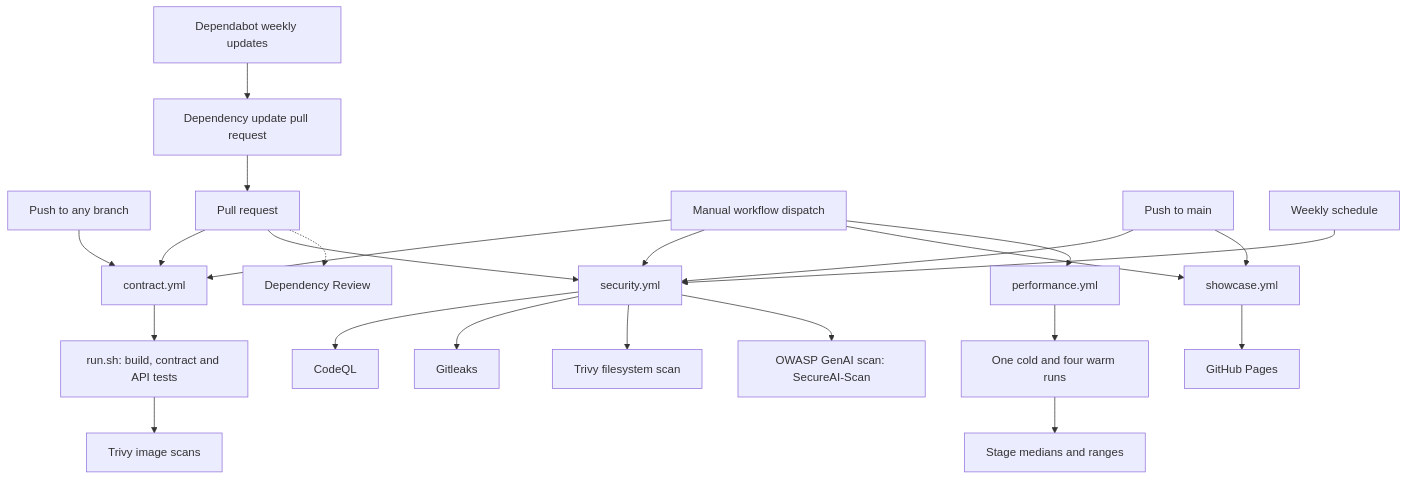
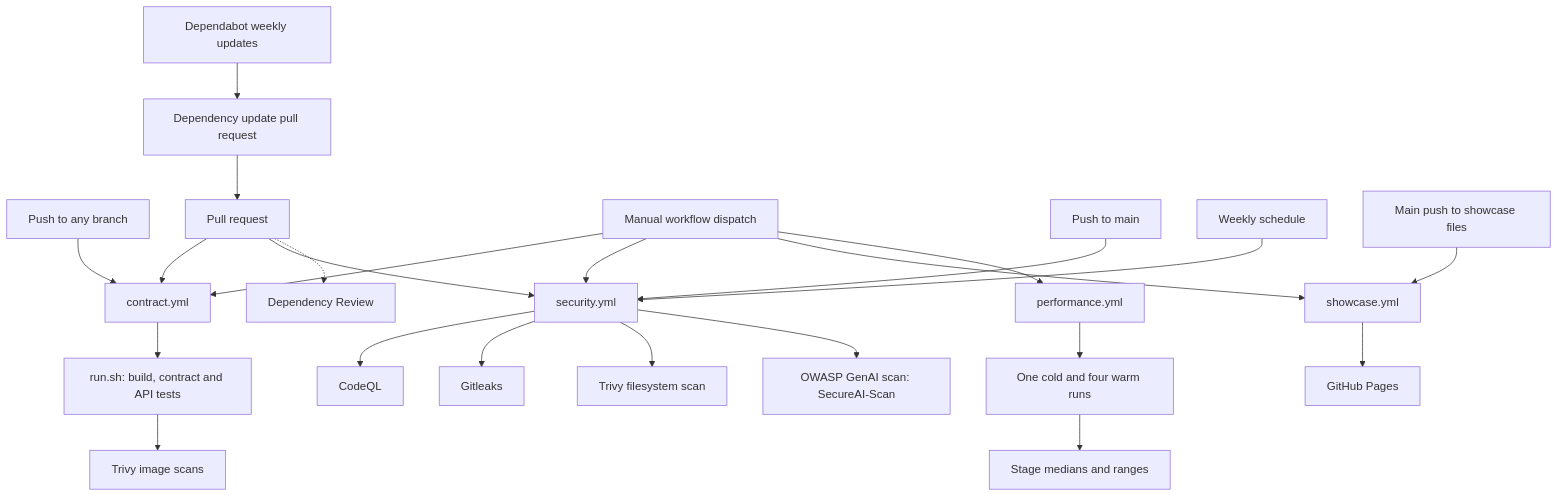
The second of 2 diagrams in README.md (shoman2020/oas-polycontract), drawn with Mermaid before and after one commit. The commit also changed other lines of this file and 2 other files, not shown here.

Commit message:
Render README flow diagrams and align showcase

````diff
--- a/README.md
+++ b/README.md
@@ -95,27 +28,27 @@
 ```mermaid
 flowchart TB
   AnyPush[Push to any branch] --> Contract[contract.yml]
   PullRequest[Pull request] --> Contract
   Manual[Manual workflow dispatch] --> Contract
   Contract --> Runner[run.sh: build, contract and API tests]
   Runner --> ImageScans[Trivy image scans]
 
   MainPush[Push to main] --> Security[security.yml]
   PullRequest --> Security
   Weekly[Weekly schedule] --> Security
   Manual --> Security
   Security --> CodeQL[CodeQL]
   Security --> Secrets[Gitleaks]
   Security --> FileScan[Trivy filesystem scan]
   Security --> AIScan[OWASP GenAI scan: SecureAI-Scan]
   PullRequest -.-> Review[Dependency Review]
 
-  MainPush --> Showcase[showcase.yml]
+  ShowcasePush[Main push to showcase files] --> Showcase[showcase.yml]
   Manual --> Showcase
   Showcase --> Pages[GitHub Pages]
   Manual --> Performance[performance.yml]
   Performance --> Samples[One cold and four warm runs]
   Samples --> Timings[Stage medians and ranges]
   Dependabot[Dependabot weekly updates] --> UpdatePR[Dependency update pull request]
   UpdatePR --> PullRequest
 ```
````
